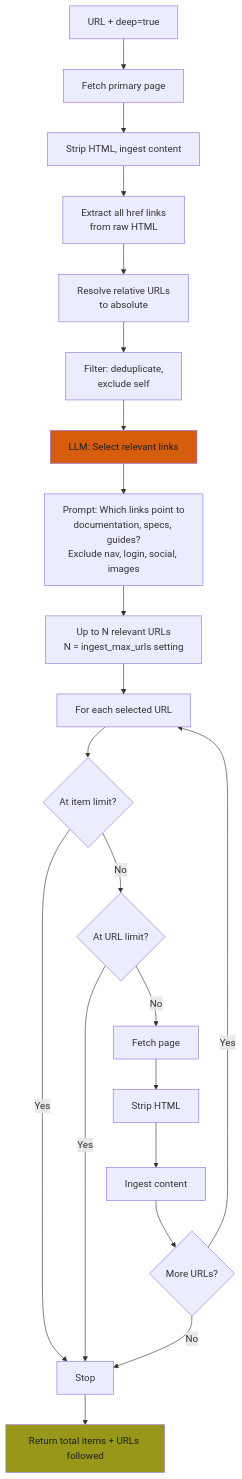
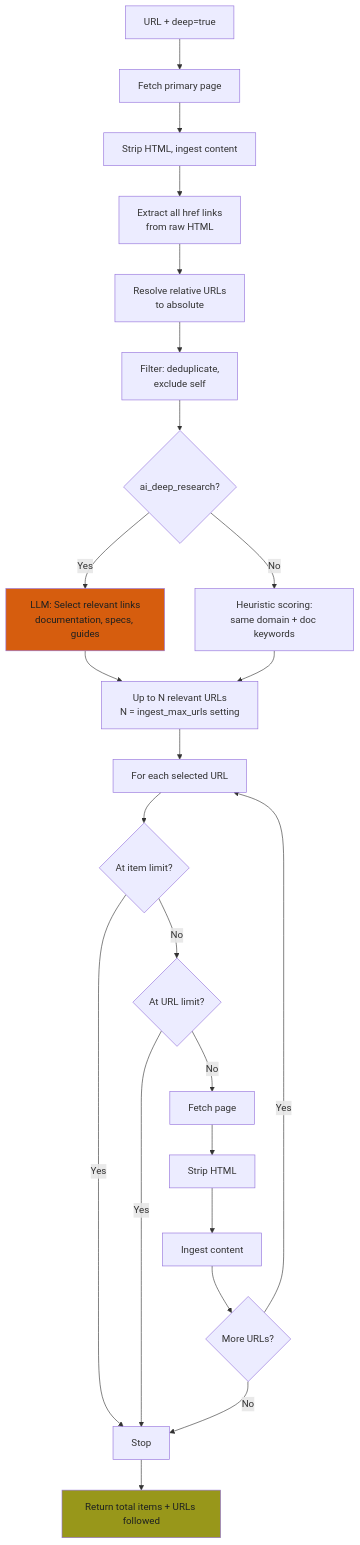
Before and after one commit to 0xdiNGo/kabAI: diagram 13 of 18 in docs/knowledge-ingestion.md, drawn with Mermaid. The commit also changed other lines of this file and 5 other files, not shown here.

````diff
--- a/docs/knowledge-ingestion.md
+++ b/docs/knowledge-ingestion.md
@@ -179,30 +504,33 @@
 ```mermaid
 flowchart TD
     A[URL + deep=true] --> B[Fetch primary page]
     B --> C[Strip HTML, ingest content]
     
     C --> D[Extract all href links<br/>from raw HTML]
     D --> E[Resolve relative URLs<br/>to absolute]
     E --> F[Filter: deduplicate,<br/>exclude self]
     
-    F --> G[LLM: Select relevant links]
-    G --> H[Prompt: Which links point to<br/>documentation, specs, guides?<br/>Exclude nav, login, social, images]
-    H --> I[Up to N relevant URLs<br/>N = ingest_max_urls setting]
+    F --> G{ai_deep_research?}
+    G -->|Yes| H[LLM: Select relevant links<br/>documentation, specs, guides]
+    G -->|No| I[Heuristic scoring:<br/>same domain + doc keywords]
     
-    I --> J[For each selected URL]
-    J --> K{At item limit?}
-    K -->|Yes| L[Stop]
-    K -->|No| M{At URL limit?}
-    M -->|Yes| L
-    M -->|No| N[Fetch page]
-    N --> O[Strip HTML]
-    O --> P[Ingest content]
-    P --> Q{More URLs?}
-    Q -->|Yes| J
-    Q -->|No| L
+    H --> J[Up to N relevant URLs<br/>N = ingest_max_urls setting]
+    I --> J
     
-    L --> R[Return total items + URLs followed]
+    J --> K[For each selected URL]
+    K --> L{At item limit?}
+    L -->|Yes| M[Stop]
+    L -->|No| N{At URL limit?}
+    N -->|Yes| M
+    N -->|No| O[Fetch page]
+    O --> P[Strip HTML]
+    P --> Q[Ingest content]
+    Q --> R{More URLs?}
+    R -->|Yes| K
+    R -->|No| M
+    
+    M --> S[Return total items + URLs followed]
 
-    style G fill:#d65d0e,color:#1d2021
-    style R fill:#98971a,color:#1d2021
+    style H fill:#d65d0e,color:#1d2021
+    style S fill:#98971a,color:#1d2021
 ```
````
